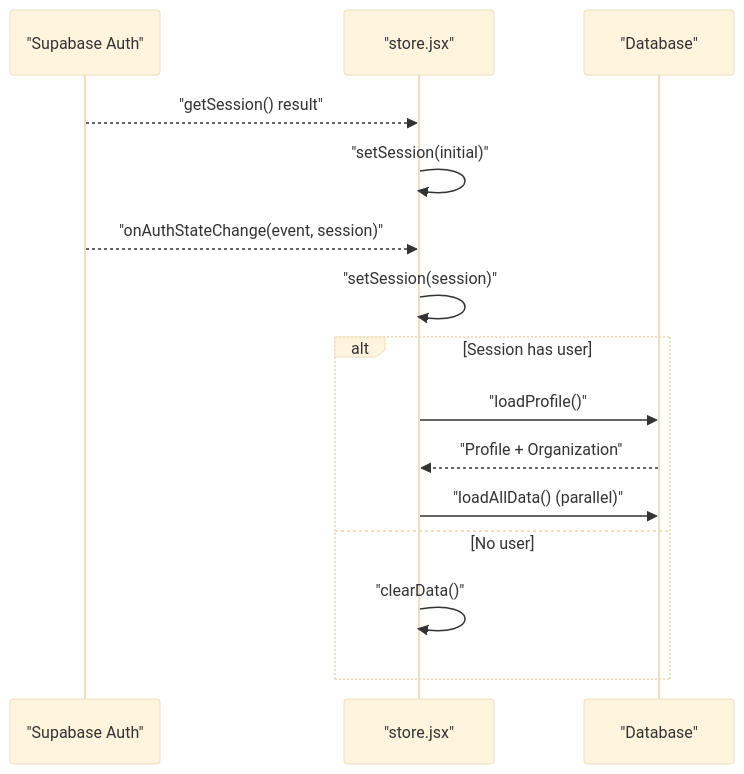
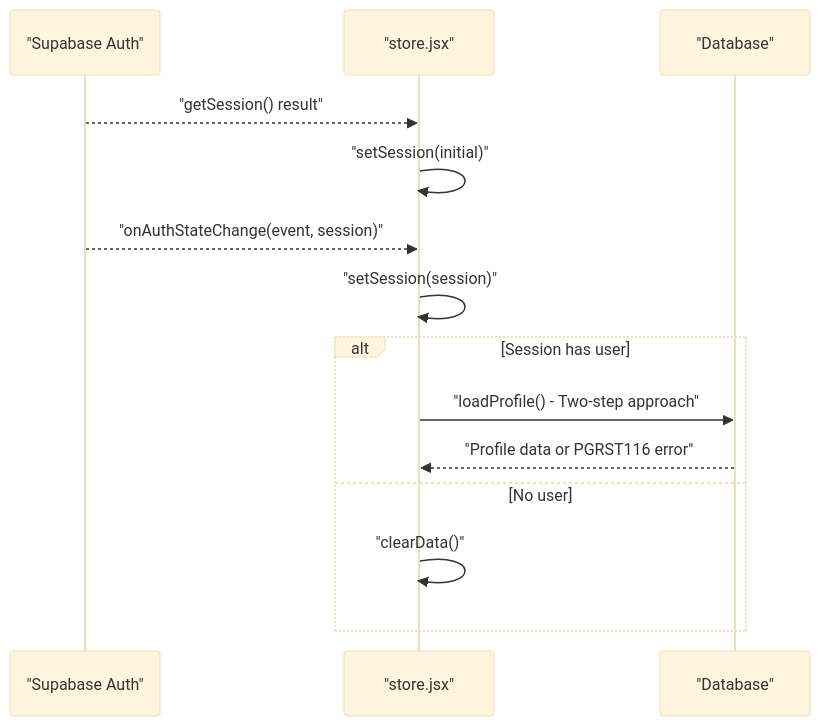
One commit to netdaniel/serveflow changed the seventh of 10 diagrams in .qoder/repowiki/en/content/State Management System/Authentication State Management.md. Above: the diagram before and after it, drawn with Mermaid (base theme). The commit also changed other lines of this file and 12 other files, not shown here.

````diff
--- a/.qoder/repowiki/en/content/State Management System/Authentication State Management.md
+++ b/.qoder/repowiki/en/content/State Management System/Authentication State Management.md
@@ -319,17 +342,16 @@
 ```mermaid
 sequenceDiagram
 participant Supa as "Supabase Auth"
 participant Store as "store.jsx"
 participant DB as "Database"
 Supa-->>Store : "getSession() result"
 Store->>Store : "setSession(initial)"
 Supa-->>Store : "onAuthStateChange(event, session)"
 Store->>Store : "setSession(session)"
 alt Session has user
-Store->>DB : "loadProfile()"
-DB-->>Store : "Profile + Organization"
-Store->>DB : "loadAllData() (parallel)"
+Store->>DB : "loadProfile() - Two-step approach"
+DB-->>Store : "Profile data or PGRST116 error"
 else No user
 Store->>Store : "clearData()"
 end
 ```
````
